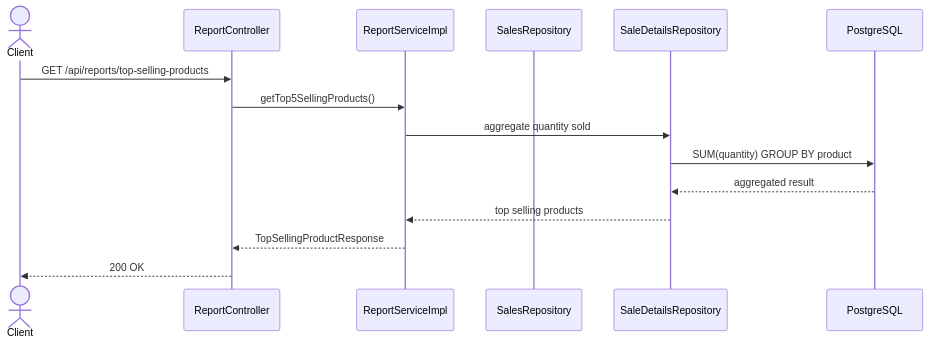
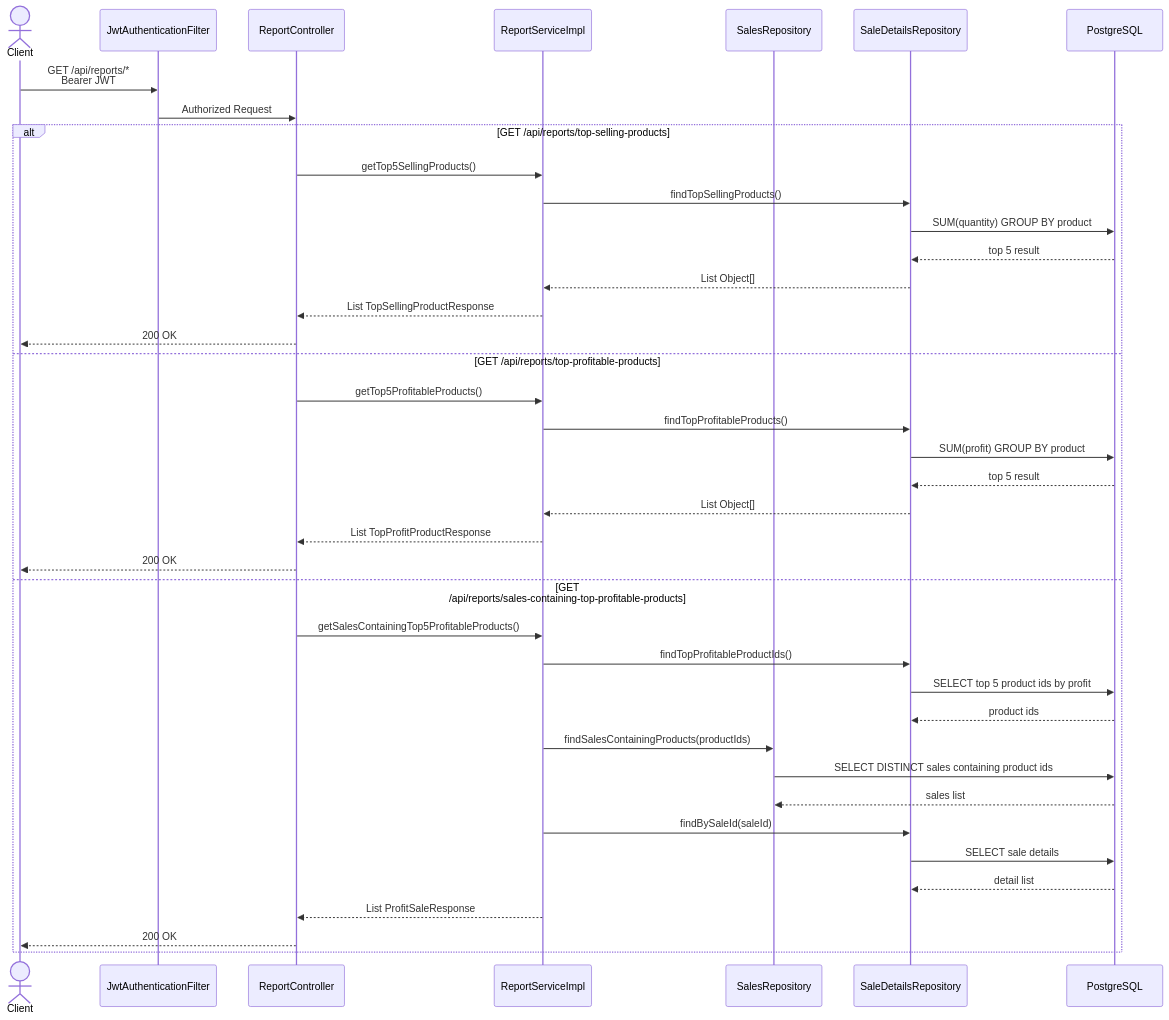
One commit to DinoDarmayanto/3pm-api-toko-java changed the sixth of 6 diagrams in docs/sequence-diagram.md. Above: the diagram before and after it, drawn with Mermaid. The commit also changed other lines of this file, not shown here.

Commit message:
Update Sequence Diagram

````diff
--- a/docs/sequence-diagram.md
+++ b/docs/sequence-diagram.md
@@ -122,25 +306,50 @@
 ```mermaid
 sequenceDiagram
     actor Client
 
+    participant JwtFilter as JwtAuthenticationFilter
     participant Controller as ReportController
     participant Service as ReportServiceImpl
     participant SalesRepo as SalesRepository
     participant DetailRepo as SaleDetailsRepository
     participant DB as PostgreSQL
 
-    Client->>Controller: GET /api/reports/top-selling-products
+    Client->>JwtFilter: GET /api/reports/*<br/>Bearer JWT
+    JwtFilter->>Controller: Authorized Request
 
-    Controller->>Service: getTop5SellingProducts()
+    alt GET /api/reports/top-selling-products
+        Controller->>Service: getTop5SellingProducts()
+        Service->>DetailRepo: findTopSellingProducts()
+        DetailRepo->>DB: SUM(quantity) GROUP BY product
+        DB-->>DetailRepo: top 5 result
+        DetailRepo-->>Service: List Object[]
+        Service-->>Controller: List TopSellingProductResponse
+        Controller-->>Client: 200 OK
 
-    Service->>DetailRepo: aggregate quantity sold
+    else GET /api/reports/top-profitable-products
+        Controller->>Service: getTop5ProfitableProducts()
+        Service->>DetailRepo: findTopProfitableProducts()
+        DetailRepo->>DB: SUM(profit) GROUP BY product
+        DB-->>DetailRepo: top 5 result
+        DetailRepo-->>Service: List Object[]
+        Service-->>Controller: List TopProfitProductResponse
+        Controller-->>Client: 200 OK
 
-    DetailRepo->>DB: SUM(quantity) GROUP BY product
-    DB-->>DetailRepo: aggregated result
+    else GET /api/reports/sales-containing-top-profitable-products
+        Controller->>Service: getSalesContainingTop5ProfitableProducts()
+        Service->>DetailRepo: findTopProfitableProductIds()
+        DetailRepo->>DB: SELECT top 5 product ids by profit
+        DB-->>DetailRepo: product ids
 
-    DetailRepo-->>Service: top selling products
+        Service->>SalesRepo: findSalesContainingProducts(productIds)
+        SalesRepo->>DB: SELECT DISTINCT sales containing product ids
+        DB-->>SalesRepo: sales list
 
-    Service-->>Controller: TopSellingProductResponse
+        Service->>DetailRepo: findBySaleId(saleId)
+        DetailRepo->>DB: SELECT sale details
+        DB-->>DetailRepo: detail list
 
-    Controller-->>Client: 200 OK
+        Service-->>Controller: List ProfitSaleResponse
+        Controller-->>Client: 200 OK
+    end
 ```
````
